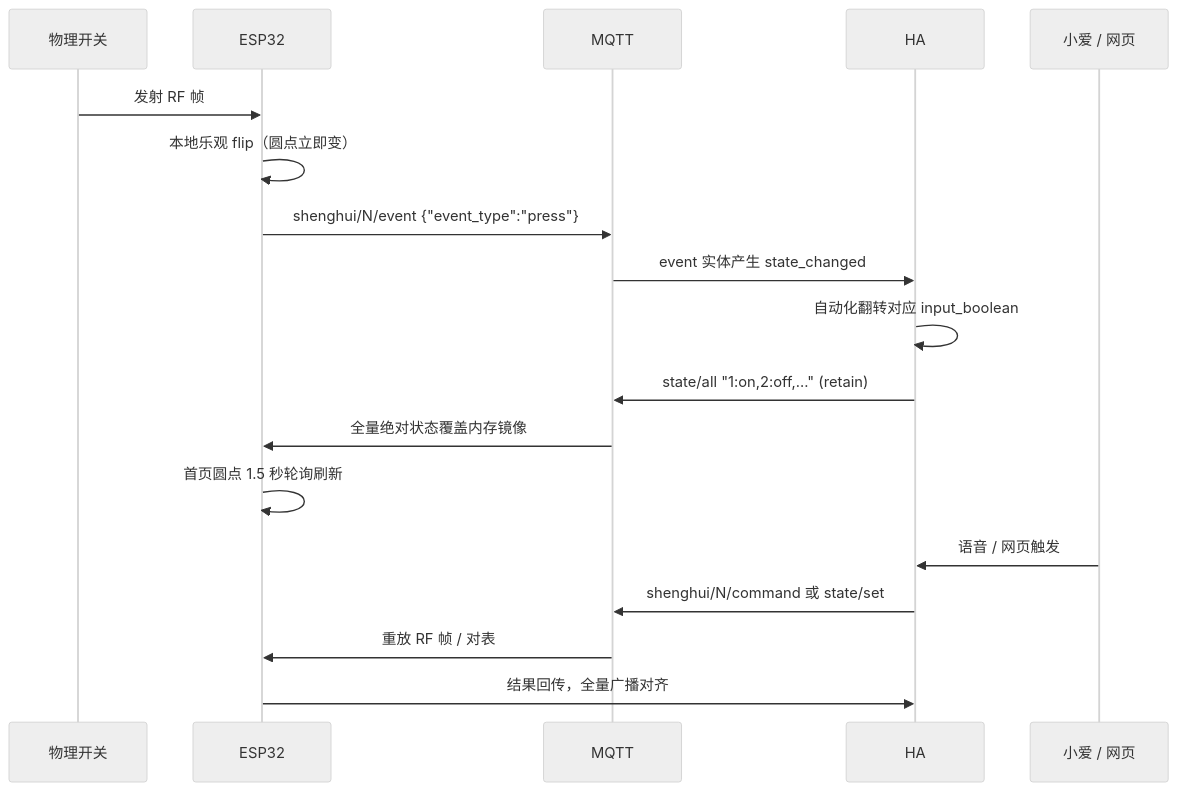
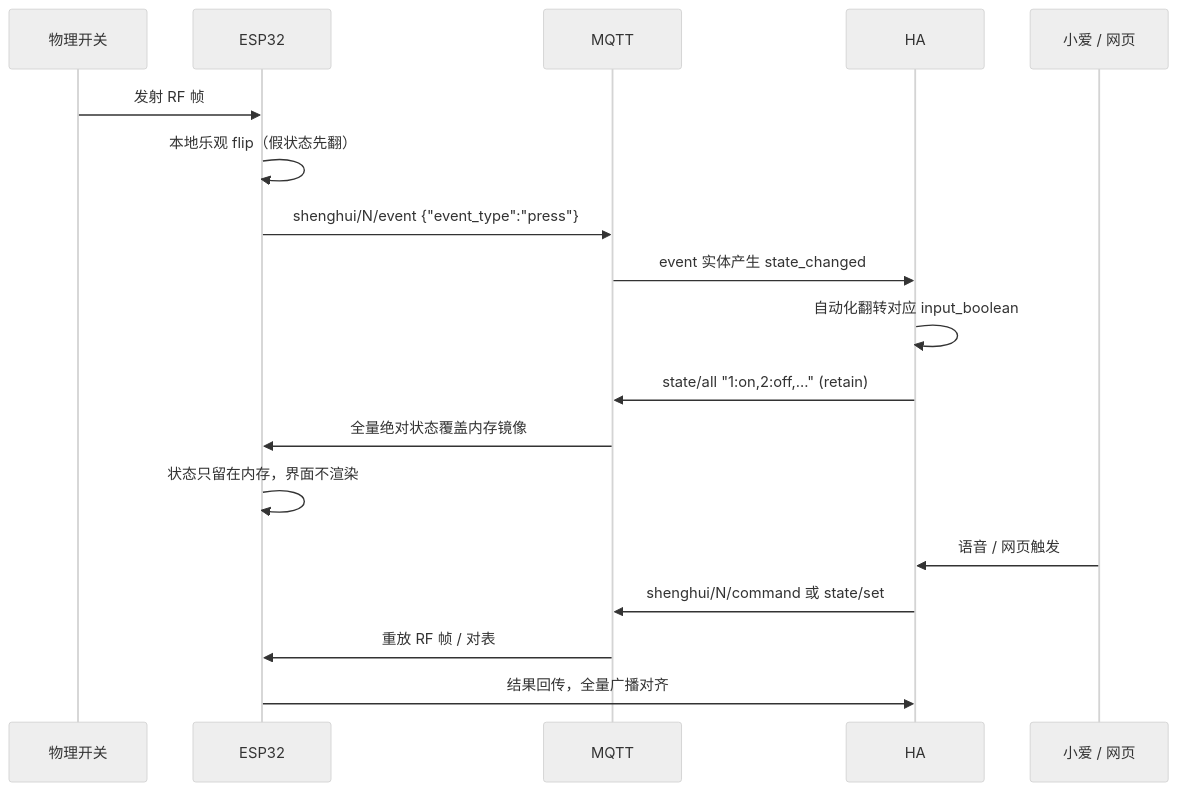
The second of 2 diagrams in README.md (szh-ss/esphome-rf-hub), drawn with Mermaid (neutral theme) before and after one commit. The commit also changed other lines of this file and 6 other files, not shown here.

````diff
--- a/README.md
+++ b/README.md
@@ -191,22 +191,22 @@
 ```mermaid
 sequenceDiagram
     participant P as 物理开关
     participant E as ESP32
     participant M as MQTT
     participant H as HA
     participant V as 小爱 / 网页
 
     P->>E: 发射 RF 帧
-    E->>E: 本地乐观 flip（圆点立即变）
+    E->>E: 本地乐观 flip（假状态先翻）
     E->>M: shenghui/N/event  {"event_type":"press"}
     M->>H: event 实体产生 state_changed
     H->>H: 自动化翻转对应 input_boolean
     H->>M: state/all  "1:on,2:off,..." (retain)
     M->>E: 全量绝对状态覆盖内存镜像
-    E->>E: 首页圆点 1.5 秒轮询刷新
+    E->>E: 状态只留在内存，界面不渲染
 
     V->>H: 语音 / 网页触发
     H->>M: shenghui/N/command 或 state/set
     M->>E: 重放 RF 帧 / 对表
     E->>H: 结果回传，全量广播对齐
 ```
````
